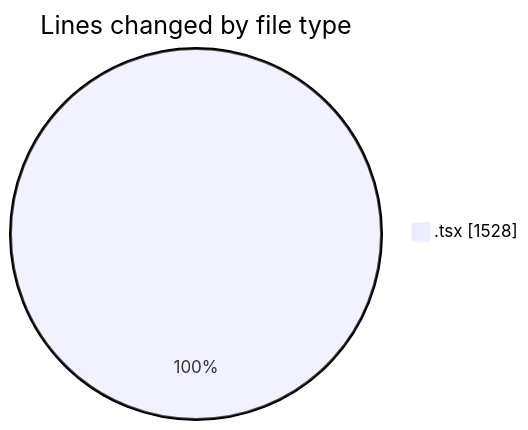
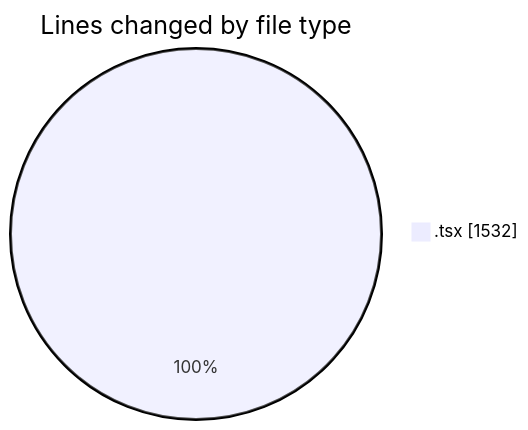
Before and after one commit to nxtqubesakshisongat/code-tracking: the first of 2 diagrams in 2026-03-30/nxtqube_webapp/README.md, drawn with Mermaid. The commit also changed other lines of this file and 1 other file, not shown here.

````diff
--- a/2026-03-30/nxtqube_webapp/README.md
+++ b/2026-03-30/nxtqube_webapp/README.md
@@ -22,5 +22,5 @@
 ```mermaid
 pie showData
 title Lines changed by file type
-".tsx" : 1528
+".tsx" : 1532
 ```
````
